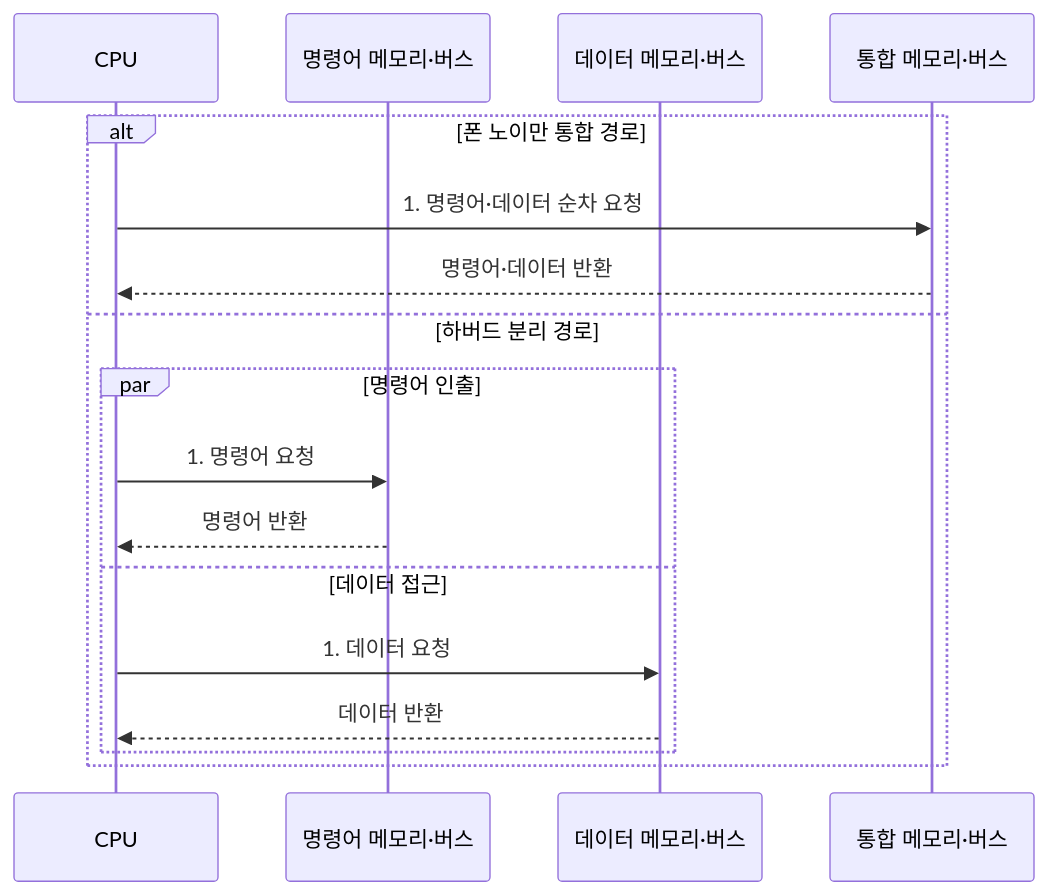
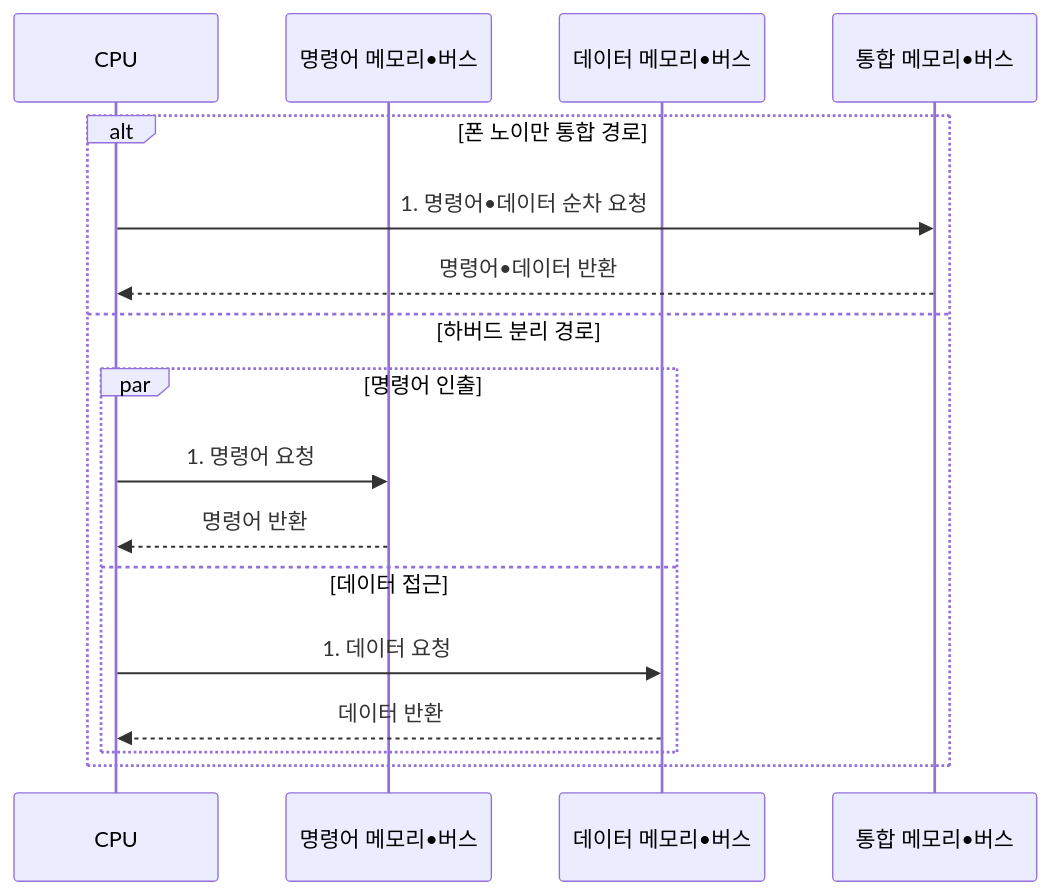
The second of 2 diagrams in src/content/docs/notes/02-hardware/001_von_neumann_vs_harvard.md (agnusdei1207/knowledge-base), drawn with Mermaid before and after one commit. The commit also changed other lines of this file and 953 other files, not shown here.

````diff
--- a/src/content/docs/notes/02-hardware/001_von_neumann_vs_harvard.md
+++ b/src/content/docs/notes/02-hardware/001_von_neumann_vs_harvard.md
@@ -101,19 +101,19 @@
 ```mermaid
 sequenceDiagram
     participant C as CPU
-    participant I as 명령어 메모리·버스
-    participant D as 데이터 메모리·버스
-    participant M as 통합 메모리·버스
+    participant I as 명령어 메모리•버스
+    participant D as 데이터 메모리•버스
+    participant M as 통합 메모리•버스
     alt 폰 노이만 통합 경로
-        C->>M: 1. 명령어·데이터 순차 요청
-        M-->>C: 명령어·데이터 반환
+        C->>M: 1. 명령어•데이터 순차 요청
+        M-->>C: 명령어•데이터 반환
     else 하버드 분리 경로
         par 명령어 인출
             C->>I: 1. 명령어 요청
             I-->>C: 명령어 반환
         and 데이터 접근
             C->>D: 1. 데이터 요청
             D-->>C: 데이터 반환
         end
     end
 ```
````
